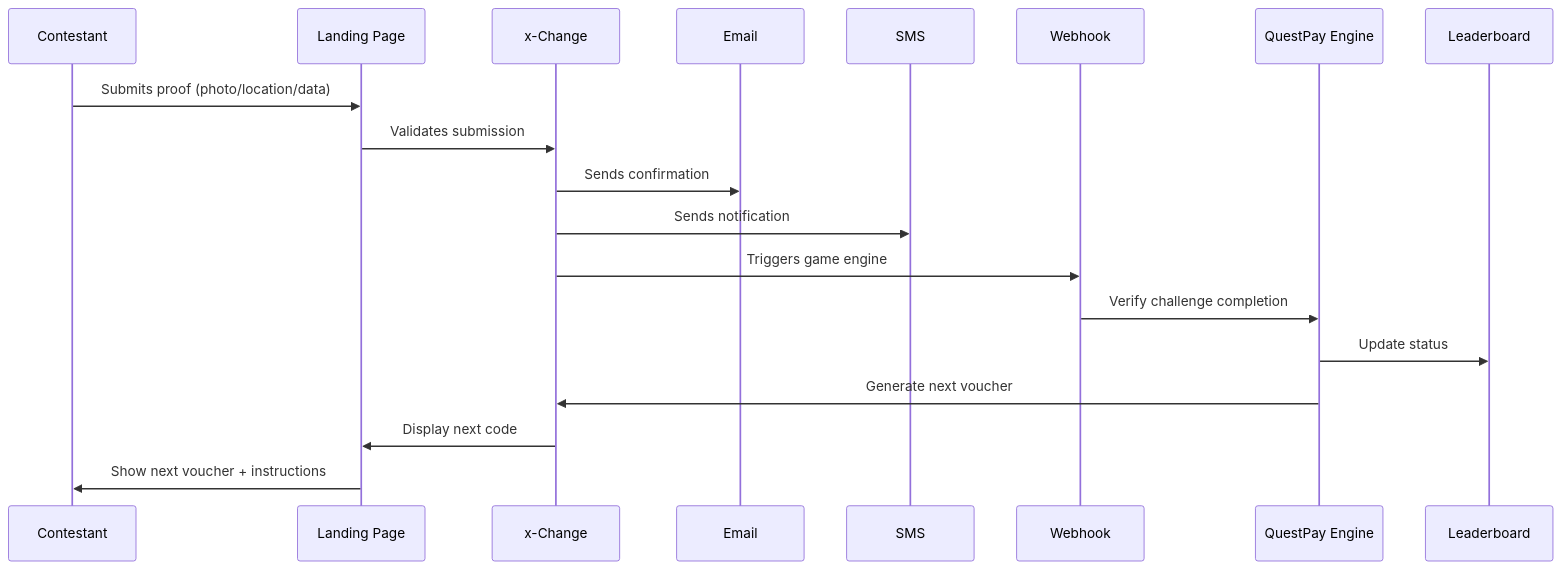
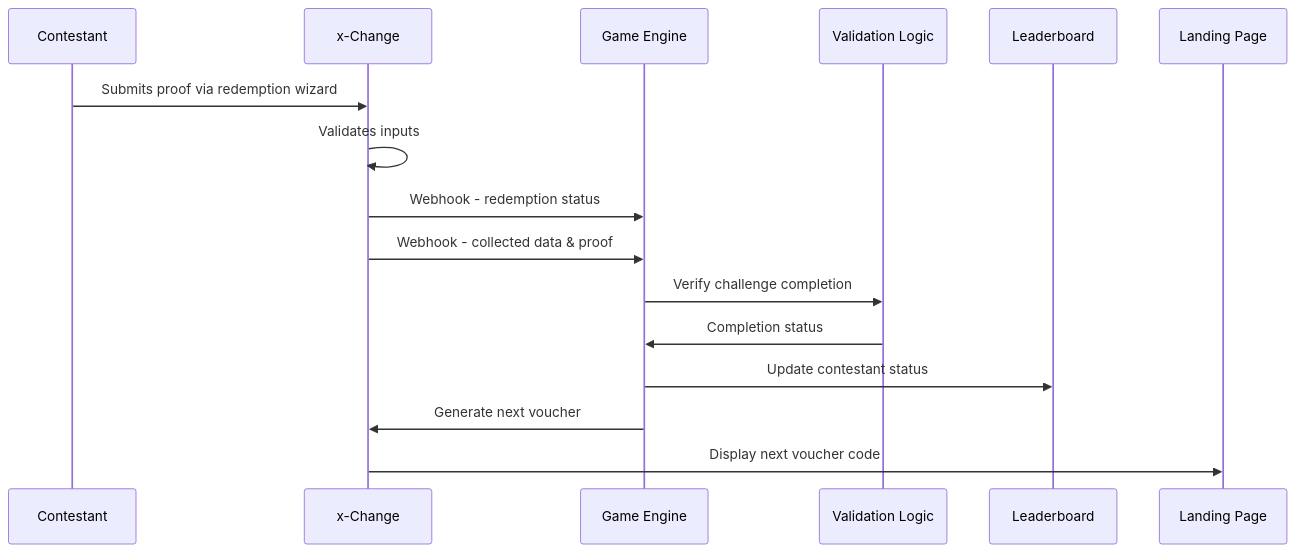
The diagram in docs/mechanics.md (3neti/questpay-docs), drawn with Mermaid before and after one commit. The commit also changed other lines of this file and 2 other files, not shown here.

````diff
--- a/docs/mechanics.md
+++ b/docs/mechanics.md
@@ -72,13 +81,12 @@
 ```mermaid
 sequenceDiagram
-    Contestant->>Landing Page: Submits proof (photo/location/data)
-    Landing Page->>x-Change: Validates submission
-    x-Change->>Email: Sends confirmation
-    x-Change->>SMS: Sends notification
-    x-Change->>Webhook: Triggers game engine
-    Webhook->>QuestPay Engine: Verify challenge completion
-    QuestPay Engine->>Leaderboard: Update status
-    QuestPay Engine->>x-Change: Generate next voucher
-    x-Change->>Landing Page: Display next code
-    Landing Page->>Contestant: Show next voucher + instructions
+    Contestant->>x-Change: Submits proof via redemption wizard
+    x-Change->>x-Change: Validates inputs
+    x-Change->>Game Engine: Webhook - redemption status
+    x-Change->>Game Engine: Webhook - collected data & proof
+    Game Engine->>Validation Logic: Verify challenge completion
+    Validation Logic->>Game Engine: Completion status
+    Game Engine->>Leaderboard: Update contestant status
+    Game Engine->>x-Change: Generate next voucher
+    x-Change->>Landing Page: Display next voucher code
 ```
````
